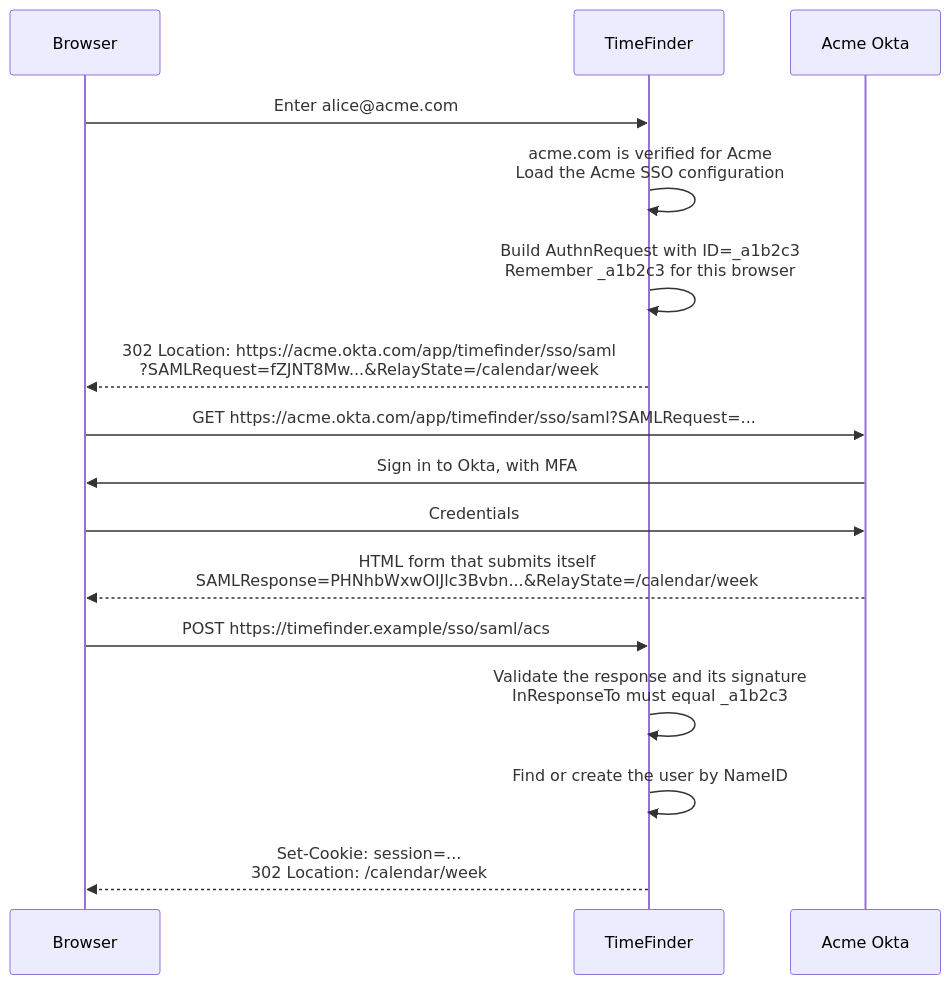
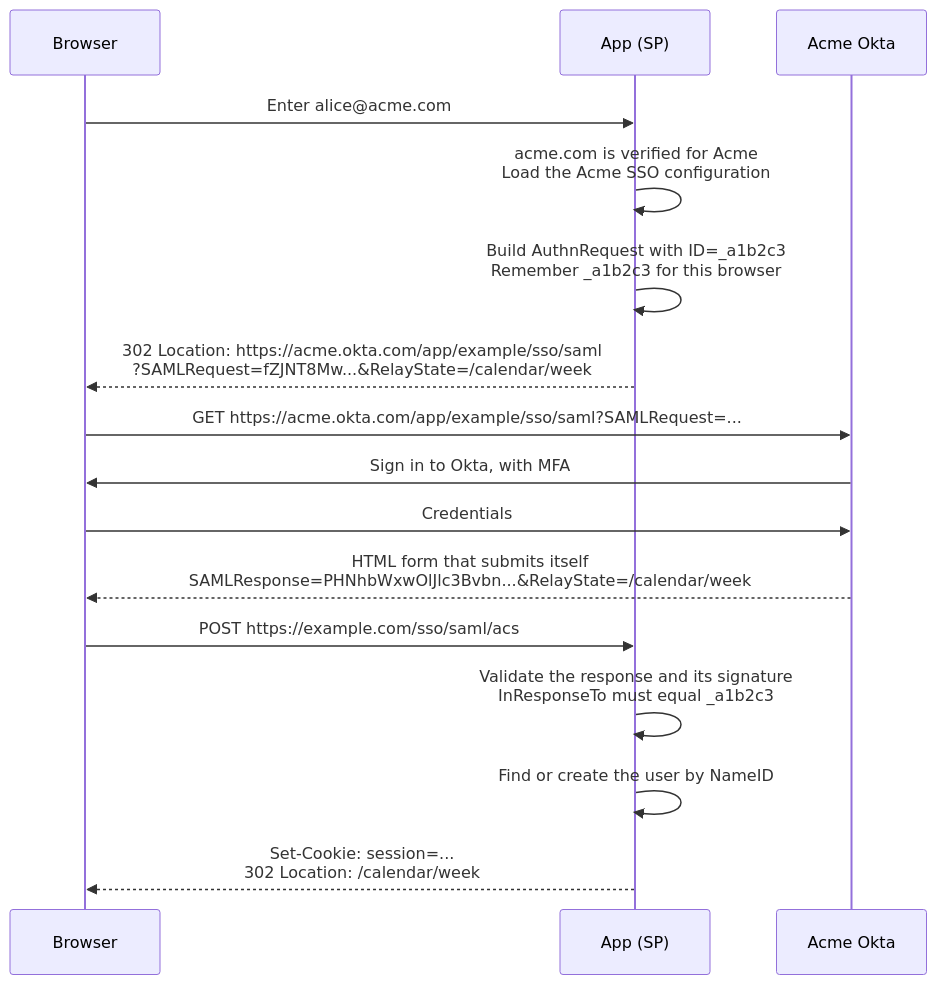
Before and after one commit to fsw0422/sd-handbook: the first of 3 diagrams in cheatsheets/sso-saml-scim.md, drawn with Mermaid. The commit also changed other lines of this file and 2 other files, not shown here.

First line of the commit message:
docs: use generic example names in the auth cheat sheets

````diff
--- a/cheatsheets/sso-saml-scim.md
+++ b/cheatsheets/sso-saml-scim.md
@@ -58,19 +58,19 @@
 ```mermaid
 sequenceDiagram
     participant U as Browser
-    participant T as TimeFinder
+    participant T as App (SP)
     participant O as Acme Okta
 
     U->>T: Enter alice@acme.com
     T->>T: acme.com is verified for Acme<br/>Load the Acme SSO configuration
     T->>T: Build AuthnRequest with ID=_a1b2c3<br/>Remember _a1b2c3 for this browser
-    T-->>U: 302 Location: https://acme.okta.com/app/timefinder/sso/saml<br/>?SAMLRequest=fZJNT8Mw...&RelayState=/calendar/week
-    U->>O: GET https://acme.okta.com/app/timefinder/sso/saml?SAMLRequest=...
+    T-->>U: 302 Location: https://acme.okta.com/app/example/sso/saml<br/>?SAMLRequest=fZJNT8Mw...&RelayState=/calendar/week
+    U->>O: GET https://acme.okta.com/app/example/sso/saml?SAMLRequest=...
     O->>U: Sign in to Okta, with MFA
     U->>O: Credentials
     O-->>U: HTML form that submits itself<br/>SAMLResponse=PHNhbWxwOlJlc3Bvbn...&RelayState=/calendar/week
-    U->>T: POST https://timefinder.example/sso/saml/acs
+    U->>T: POST https://example.com/sso/saml/acs
     T->>T: Validate the response and its signature<br/>InResponseTo must equal _a1b2c3
     T->>T: Find or create the user by NameID
     T-->>U: Set-Cookie: session=...<br/>302 Location: /calendar/week
 ```
````
